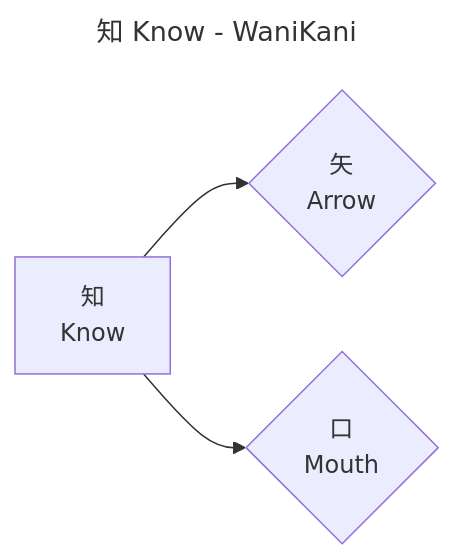
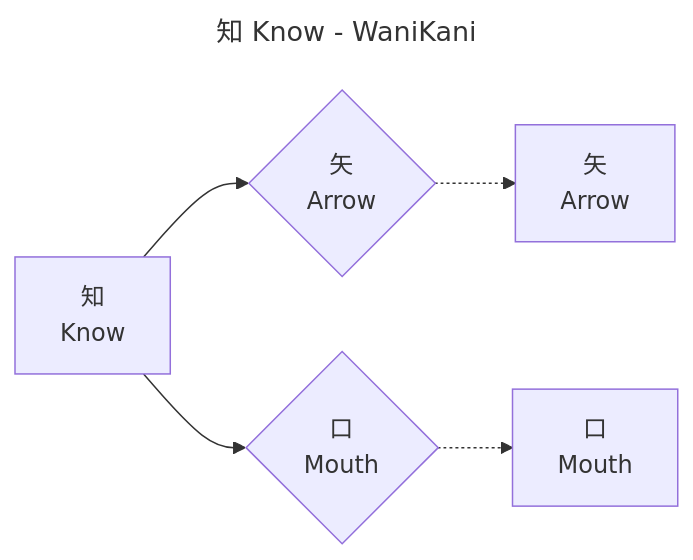
The first of 4 diagrams in scripts/experiment/GenerateCharacterDecompGraph.spec.md (tandoku/tandoku), drawn with Mermaid before and after one commit. The commit also changed other lines of this file and 1 other file, not shown here.

Commit message:
GenerateCharacterDecompGraph wanikani dash recurse into kanji corresponding to radical

````diff
--- a/scripts/experiment/GenerateCharacterDecompGraph.spec.md
+++ b/scripts/experiment/GenerateCharacterDecompGraph.spec.md
@@ -57,17 +59,25 @@
 ```mermaid
 ---
 title: 知 Know - WaniKani
 ---
 graph LR
     Know --> Arrow
     Know --> Mouth
+    Arrow -.-> Arrow_kanji
+    Mouth -.-> Mouth_kanji
     
     Know[知<br/>Know]
     click Know "https://www.wanikani.com/kanji/%E7%9F%A5"
     
     Arrow{矢<br/>Arrow}
     click Arrow "https://www.wanikani.com/radicals/arrow"
     
     Mouth{口<br/>Mouth}
     click Mouth "https://www.wanikani.com/radicals/mouth"
+    
+    Arrow_kanji[矢<br/>Arrow]
+    click Arrow_kanji "https://www.wanikani.com/kanji/%E7%9F%A2"
+    
+    Mouth_kanji[口<br/>Mouth]
+    click Mouth_kanji "https://www.wanikani.com/kanji/%E5%8F%A3"
 ```
````
